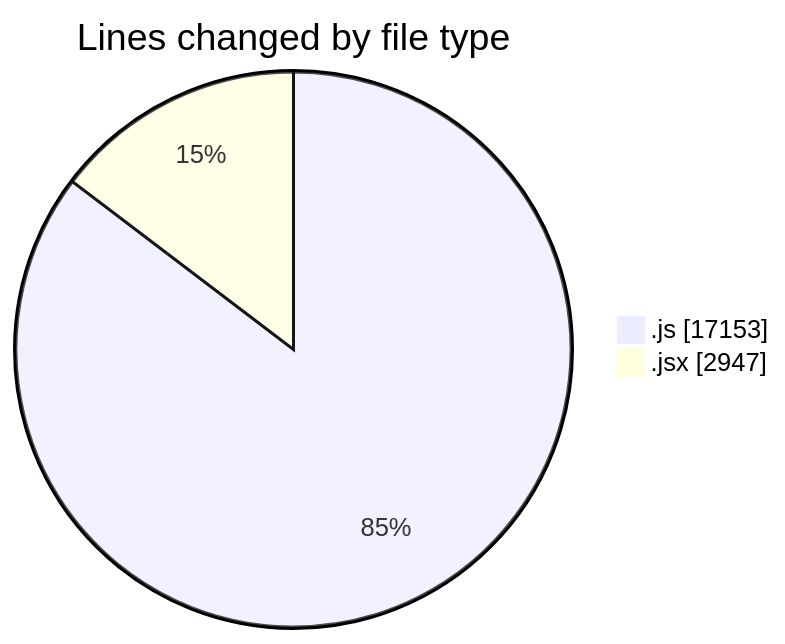
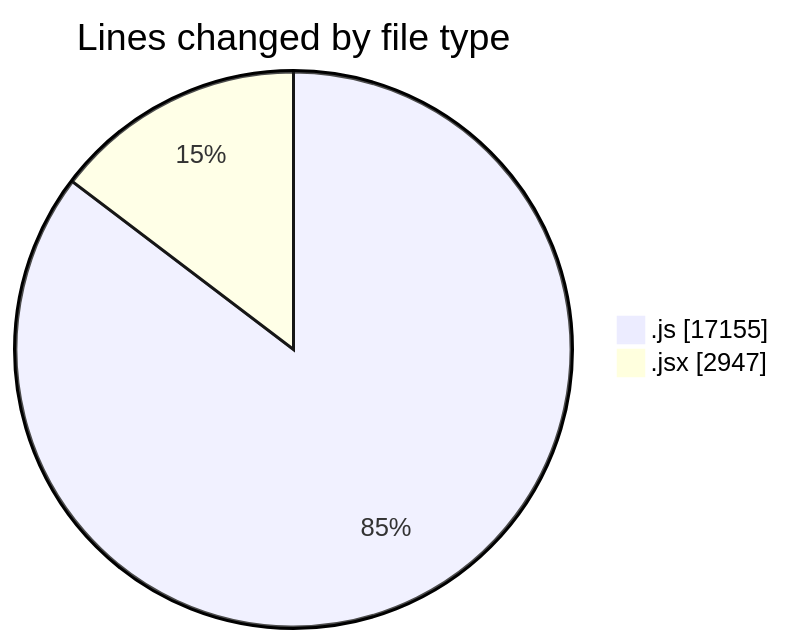
One commit to nxtqubesakshisongat/code-tracking changed the first of 2 diagrams in 2025-09-26/nxtqube_webapp/README.md. Above: the diagram before and after it, drawn with Mermaid. The commit also changed other lines of this file and 1 other file, not shown here.

````diff
--- a/2025-09-26/nxtqube_webapp/README.md
+++ b/2025-09-26/nxtqube_webapp/README.md
@@ -27,6 +27,6 @@
 ```mermaid
 pie showData
 title Lines changed by file type
-".js" : 17153
+".js" : 17155
 ".jsx" : 2947
 ```
````
